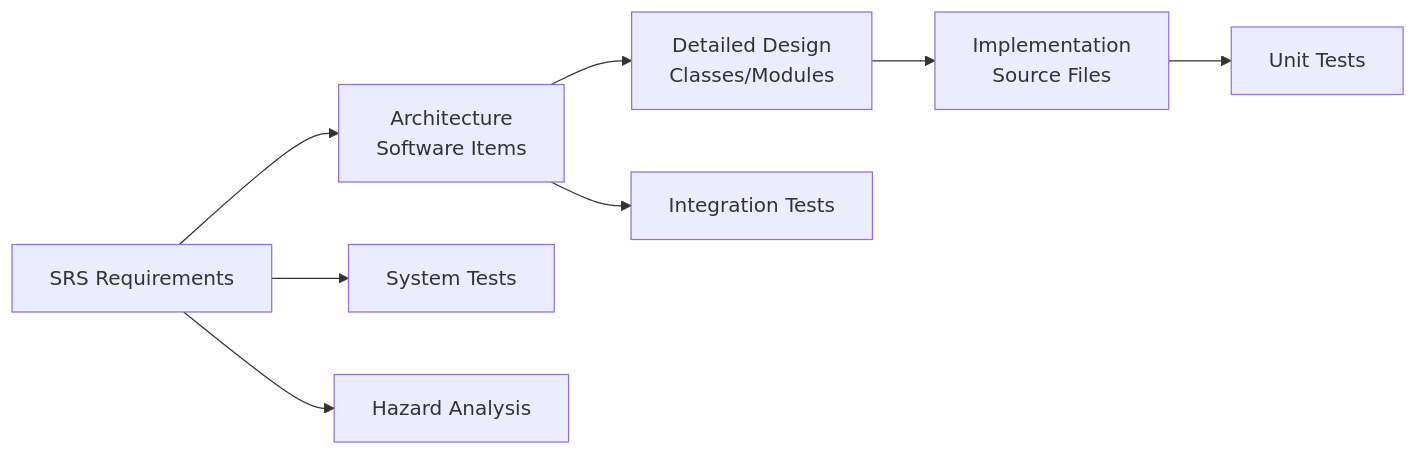
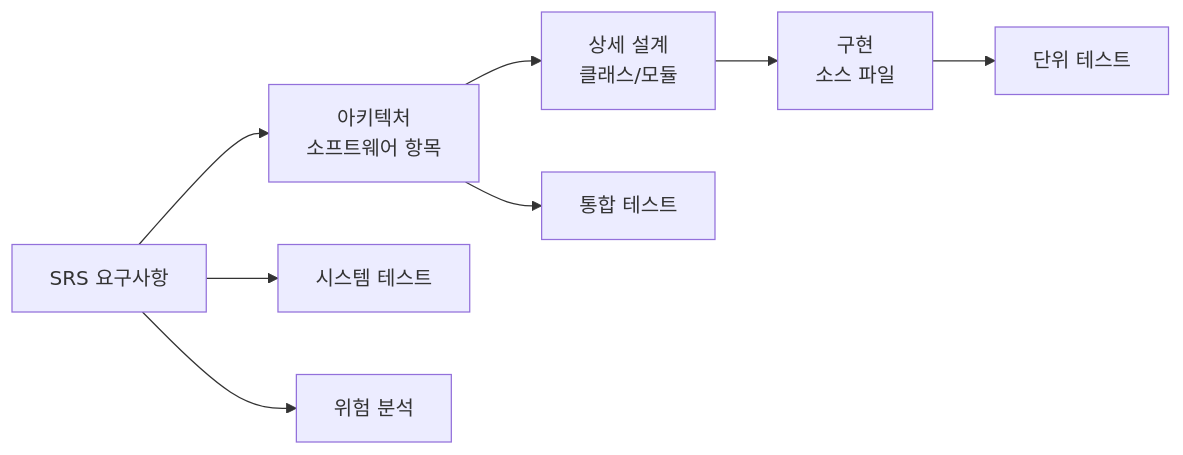
One commit to holee9/image-processing changed the first of 2 diagrams in docs/post-processing/gsvg/GSVG-RTM-001_Traceability.md. Above: the diagram before and after it, drawn with Mermaid. The commit also changed other lines of this file and 51 other files, not shown here.

````diff
--- a/docs/post-processing/gsvg/GSVG-RTM-001_Traceability.md
+++ b/docs/post-processing/gsvg/GSVG-RTM-001_Traceability.md
@@ -12,10 +12,10 @@
 ```mermaid
 graph LR
-    SRS[SRS Requirements] --> SAD[Architecture<br/>Software Items]
-    SAD --> SDD[Detailed Design<br/>Classes/Modules]
-    SDD --> IMPL[Implementation<br/>Source Files]
-    IMPL --> UT[Unit Tests]
-    SAD --> IT[Integration Tests]
-    SRS --> ST[System Tests]
-    SRS --> SHA[Hazard Analysis]
+    SRS[SRS 요구사항] --> SAD[아키텍처<br/>소프트웨어 항목]
+    SAD --> SDD[상세 설계<br/>클래스/모듈]
+    SDD --> IMPL[구현<br/>소스 파일]
+    IMPL --> UT[단위 테스트]
+    SAD --> IT[통합 테스트]
+    SRS --> ST[시스템 테스트]
+    SRS --> SHA[위험 분석]
 ```
````
